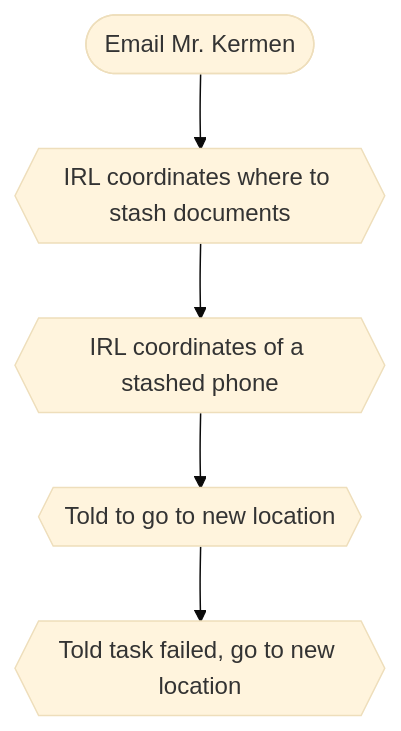
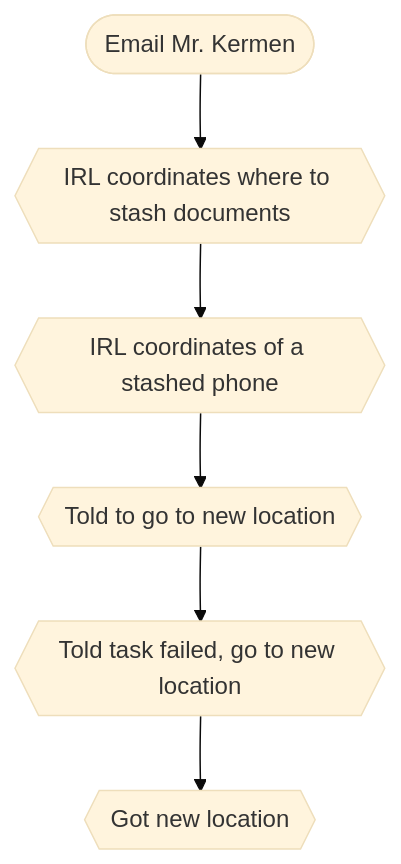
Before and after one commit to 3ncy/ARRS-s5: the diagram in irl2-tracker.md, drawn with Mermaid (base theme). The commit also changed other lines of this file, not shown here.

````diff
--- a/irl2-tracker.md
+++ b/irl2-tracker.md
@@ -4,7 +4,8 @@
 ```mermaid
 graph TD;
     email(["Email Mr. Kermen"]) --> irl2{{IRL coordinates where to stash documents}};
     irl2 --> irl3{{IRL coordinates of a stashed phone}};
     irl3 --> irl4{{Told to go to new location}};
-    irl4 --> irl5{{Told task failed, go to new location}}
+    irl4 --> irl5{{Told task failed, go to new location}};
+    irl5 --> irl6{{Got new location}}
 ```
````
